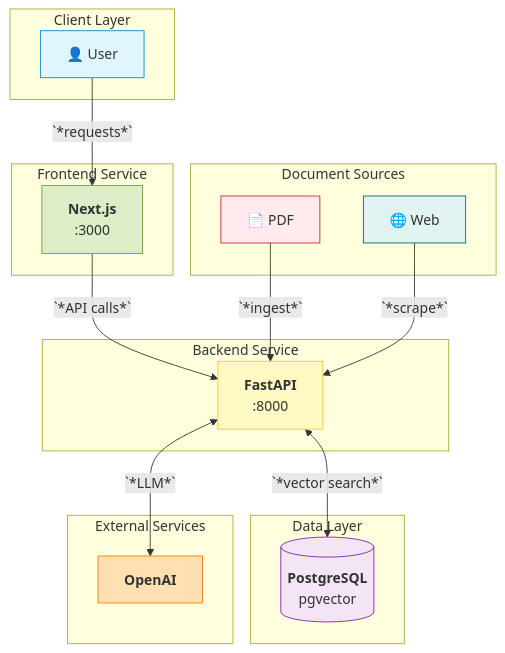
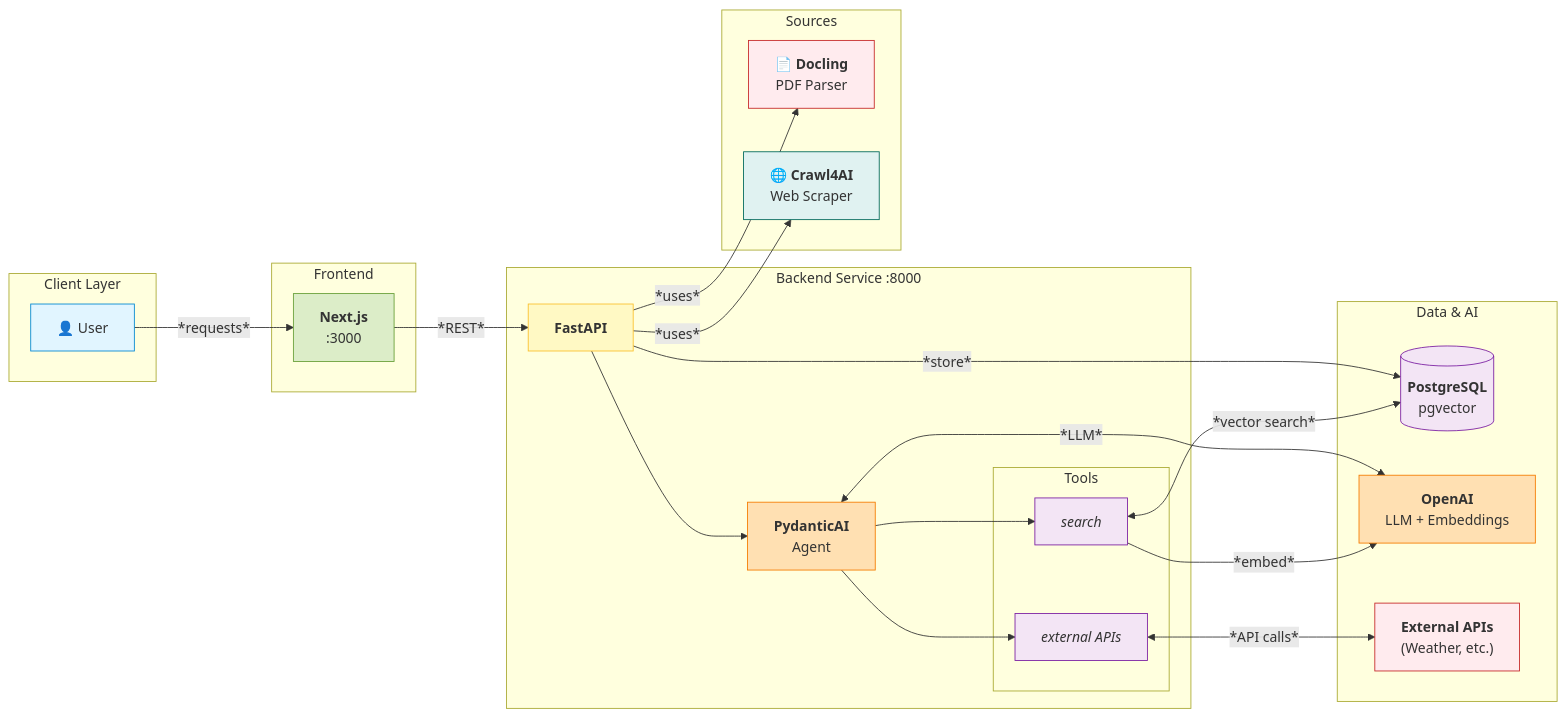
One commit to ggustin93/nextjs-fastapi-rag changed the first of 3 diagrams in README.md. Above: the diagram before and after it, drawn with Mermaid. The commit also changed other lines of this file and 1 other file, not shown here.

Commit message:
docs: improve architecture diagram and fix .gitignore
- Fix arrow directions: API uses Docling/Crawl4AI (not the reverse)
  Docling and Crawl4AI are Python dependencies, not external services

- Simplify architecture diagram with LR layout
  * Show PydanticAI agent orchestration layer
  * Display tools system (search + external APIs)
  * Use bold for titles, italic for actions
  * Remove verbose labels for clarity

- Keep docs/ local only in .gitignore
  Project documentation remains untracked

````diff
--- a/README.md
+++ b/README.md
@@ -62,42 +62,56 @@
 ```mermaid
-graph TB
-    subgraph "Client Layer"
+graph LR
+    subgraph Client["Client Layer"]
         USER[👤 User]
     end
 
-    subgraph "Frontend Service"
+    subgraph Frontend["Frontend"]
         NEXT["`**Next.js**<br/>:3000`"]
     end
 
-    subgraph "Backend Service"
-        API["`**FastAPI**<br/>:8000`"]
+    subgraph Backend["Backend Service :8000"]
+        API["`**FastAPI**`"]
+        AGENT["`**PydanticAI**<br/>Agent`"]
+
+        subgraph Tools["Tools"]
+            SEARCH["`*search*`"]
+            EXTERNAL["`*external APIs*`"]
+        end
     end
 
-    subgraph "Data Layer"
+    subgraph Data["Data & AI"]
         DB[("`**PostgreSQL**<br/>pgvector`")]
+        OPENAI["`**OpenAI**<br/>LLM + Embeddings`"]
+        APIS["`**External APIs**<br/>(Weather, etc.)`"]
     end
 
-    subgraph "External Services"
-        OPENAI["`**OpenAI**`"]
+    subgraph Sources["Sources"]
+        PDF["`📄 **Docling**<br/>PDF Parser`"]
+        WEB["`🌐 **Crawl4AI**<br/>Web Scraper`"]
     end
 
-    subgraph "Document Sources"
-        PDF[📄 PDF]
-        WEB[🌐 Web]
-    end
-
-    USER -->|`*requests*`| NEXT
-    NEXT -->|`*API calls*`| API
-    API <-->|`*vector search*`| DB
-    API <-->|`*LLM*`| OPENAI
-    PDF -->|`*ingest*`| API
-    WEB -->|`*scrape*`| API
+    USER -->|*requests*| NEXT
+    NEXT -->|*REST*| API
+    API --> AGENT
+    AGENT --> SEARCH
+    AGENT --> EXTERNAL
+    SEARCH <-->|*vector search*| DB
+    SEARCH -->|*embed*| OPENAI
+    AGENT <-->|*LLM*| OPENAI
+    EXTERNAL <-->|*API calls*| APIS
+    API -->|*uses*| PDF
+    API -->|*uses*| WEB
+    API -->|*store*| DB
 
     style USER fill:#e1f5ff,stroke:#0288d1
     style NEXT fill:#dcedc8,stroke:#689f38
     style API fill:#fff9c4,stroke:#fbc02d
+    style AGENT fill:#ffe0b2,stroke:#f57c00
+    style SEARCH fill:#f3e5f5,stroke:#7b1fa2
+    style EXTERNAL fill:#f3e5f5,stroke:#7b1fa2
     style DB fill:#f3e5f5,stroke:#7b1fa2
     style OPENAI fill:#ffe0b2,stroke:#f57c00
+    style APIS fill:#ffebee,stroke:#c62828
     style PDF fill:#ffebee,stroke:#c62828
     style WEB fill:#e0f2f1,stroke:#00695c
 ```
````
